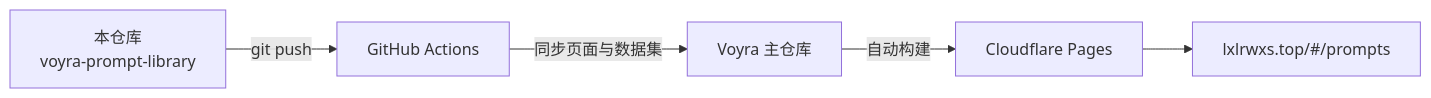
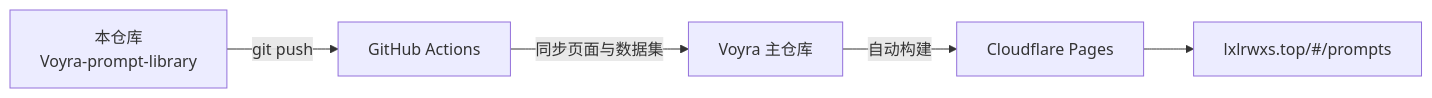
One commit to liixnglinb/voyra-prompt-library changed the diagram in README.md. Above: the diagram before and after it, drawn with Mermaid. The commit also changed other lines of this file, not shown here.

Commit message:
docs: repo renamed voyra-prompt-library -> Voyra-prompt-library, update README links

````diff
--- a/README.md
+++ b/README.md
@@ -61,7 +61,7 @@
 ```mermaid
 flowchart LR
-  A["本仓库<br/>voyra-prompt-library"] -->|git push| B["GitHub Actions"]
+  A["本仓库<br/>Voyra-prompt-library"] -->|git push| B["GitHub Actions"]
   B -->|同步页面与数据集| C["Voyra 主仓库"]
   C -->|自动构建| D["Cloudflare Pages"]
   D --> E["lxlrwxs.top/#/prompts"]
 ```
````
